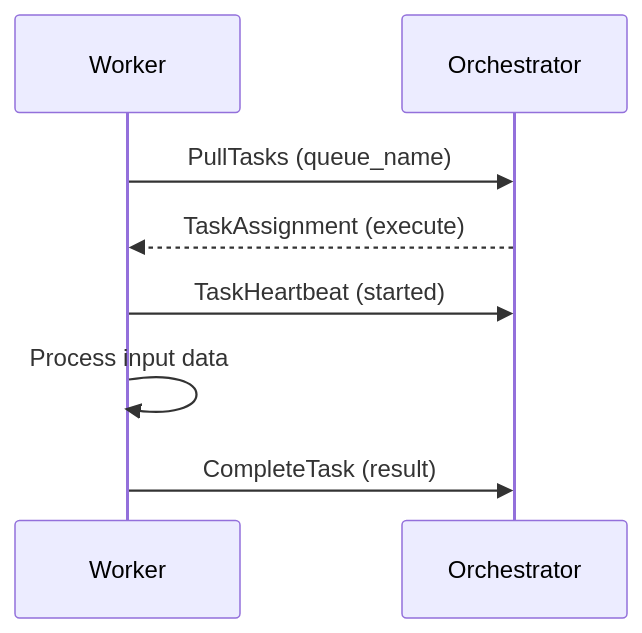
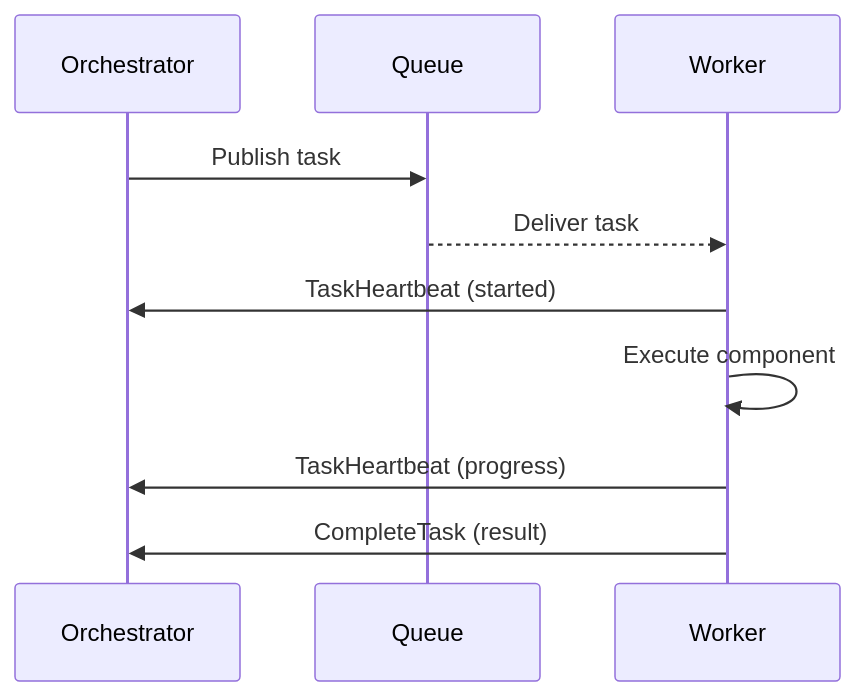
One commit to stepflow-ai/stepflow changed the second of 2 diagrams in docs/docs/protocol/index.md. Above: the diagram before and after it, drawn with Mermaid. The commit also changed other lines of this file and 17 other files, not shown here.

````diff
--- a/docs/docs/protocol/index.md
+++ b/docs/docs/protocol/index.md
@@ -103,11 +121,13 @@
 ```mermaid
 sequenceDiagram
-    participant Worker as Worker
-    participant Orchestrator as Orchestrator
+    participant O as Orchestrator
+    participant Q as Queue
+    participant W as Worker
 
-    Worker->>Orchestrator: PullTasks (queue_name)
-    Orchestrator-->>Worker: TaskAssignment (execute)
-    Worker->>Orchestrator: TaskHeartbeat (started)
-    Worker->>Worker: Process input data
-    Worker->>Orchestrator: CompleteTask (result)
+    O->>Q: Publish task
+    Q-->>W: Deliver task
+    W->>O: TaskHeartbeat (started)
+    W->>W: Execute component
+    W->>O: TaskHeartbeat (progress)
+    W->>O: CompleteTask (result)
 ```
````
